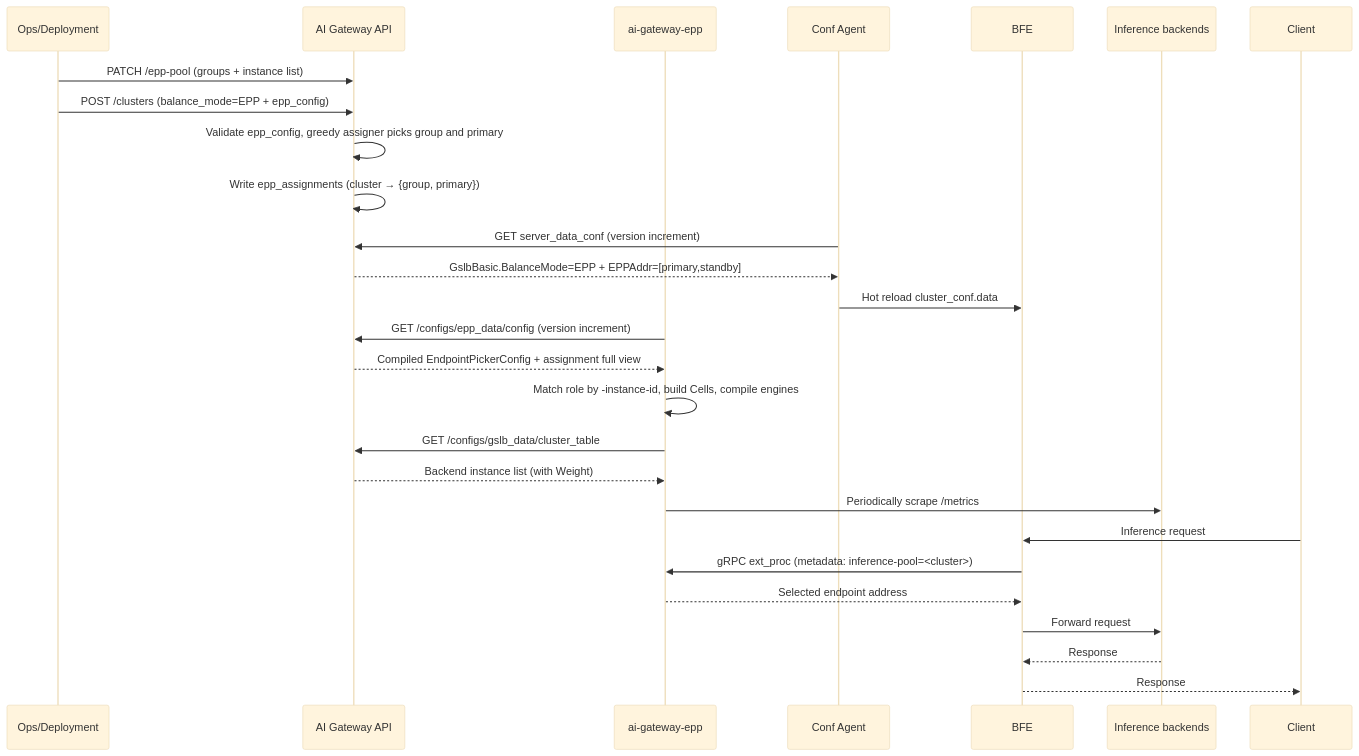
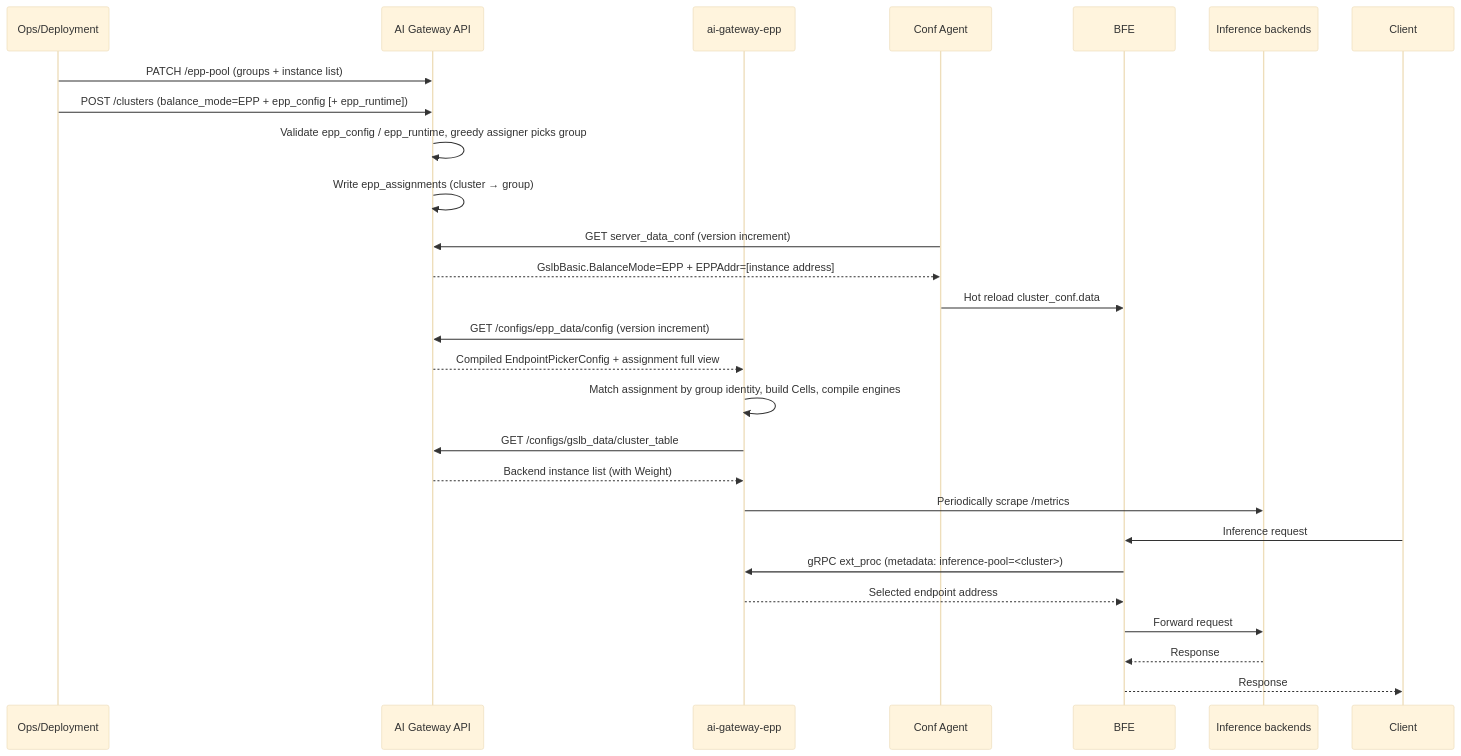
The second of 2 diagrams in en_us/design/chapter16-epp-scheduling-design.md (mileszhang2016/rainway-book), drawn with Mermaid (base theme) before and after one commit. The commit also changed other lines of this file and 78 other files, not shown here.

````diff
--- a/en_us/design/chapter16-epp-scheduling-design.md
+++ b/en_us/design/chapter16-epp-scheduling-design.md
@@ -317,29 +334,29 @@
 ```mermaid
 sequenceDiagram
     participant OP as Ops/Deployment
     participant API as AI Gateway API
     participant EPP as ai-gateway-epp
     participant CA as Conf Agent
     participant BFE as BFE
     participant RS as Inference backends
 
     OP->>API: PATCH /epp-pool (groups + instance list)
-    OP->>API: POST /clusters (balance_mode=EPP + epp_config)
-    API->>API: Validate epp_config, greedy assigner picks group and primary
-    API->>API: Write epp_assignments (cluster → {group, primary})
+    OP->>API: POST /clusters (balance_mode=EPP + epp_config [+ epp_runtime])
+    API->>API: Validate epp_config / epp_runtime, greedy assigner picks group
+    API->>API: Write epp_assignments (cluster → group)
     CA->>API: GET server_data_conf (version increment)
-    API-->>CA: GslbBasic.BalanceMode=EPP + EPPAddr=[primary,standby]
+    API-->>CA: GslbBasic.BalanceMode=EPP + EPPAddr=[instance address]
     CA->>BFE: Hot reload cluster_conf.data
     EPP->>API: GET /configs/epp_data/config (version increment)
     API-->>EPP: Compiled EndpointPickerConfig + assignment full view
-    EPP->>EPP: Match role by -instance-id, build Cells, compile engines
+    EPP->>EPP: Match assignment by group identity, build Cells, compile engines
     EPP->>API: GET /configs/gslb_data/cluster_table
     API-->>EPP: Backend instance list (with Weight)
     EPP->>RS: Periodically scrape /metrics
     Client->>BFE: Inference request
     BFE->>EPP: gRPC ext_proc (metadata: inference-pool=<cluster>)
     EPP-->>BFE: Selected endpoint address
     BFE->>RS: Forward request
     RS-->>BFE: Response
     BFE-->>Client: Response
 ```
````
